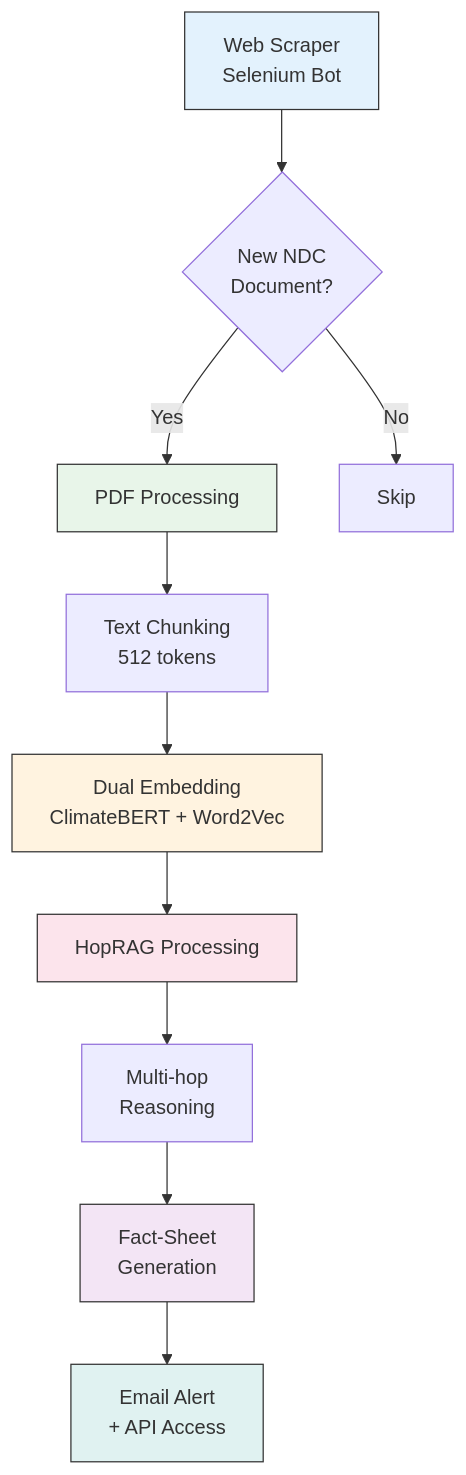
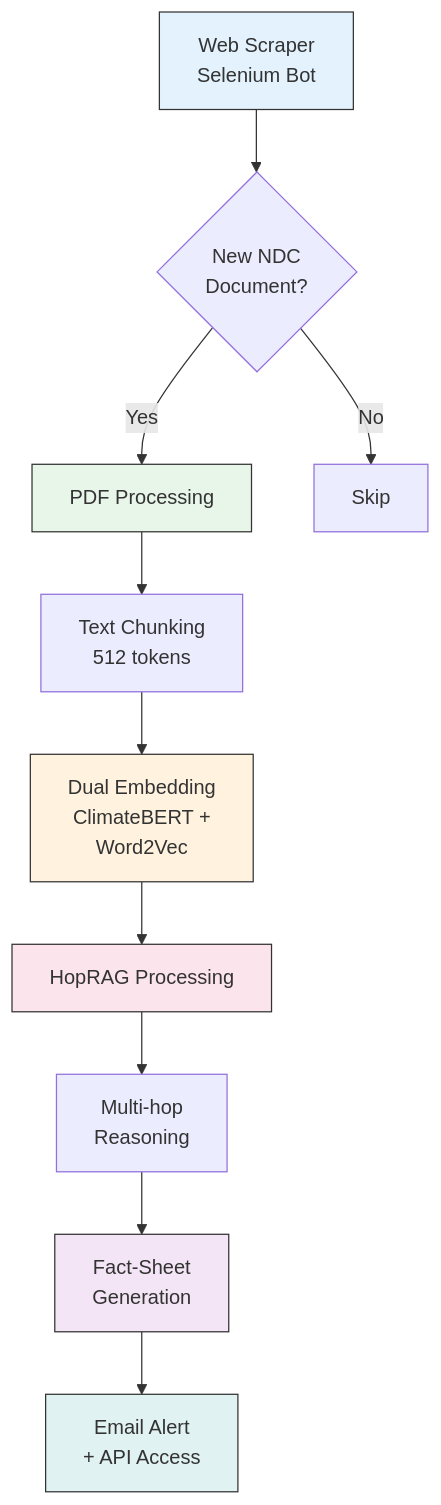
One commit to lse-ds205/rag-fact-sheets changed the first of 3 diagrams in README.md. Above: the diagram before and after it, drawn with Mermaid. The commit also changed other lines of this file, not shown here.

Commit message:
test mermaid formatting

````diff
--- a/README.md
+++ b/README.md
@@ -12,19 +12,19 @@
 ```mermaid 
 graph TD
-    A[Web Scraper<br/>Selenium Bot] --> B{New NDC<br/>Document?}
-    B -->|Yes| C[PDF Processing]
-    B -->|No| D[Skip]
-    C --> E[Text Chunking<br/>512 tokens]
-    E --> F[Dual Embedding<br/>ClimateBERT + Word2Vec]
-    F --> G[HopRAG Processing]
-    G --> H[Multi-hop<br/>Reasoning]
-    H --> I[Fact-Sheet<br/>Generation]
-    I --> J[Email Alert<br/>+ API Access]
+    A[<div style='text-align:center'>Web Scraper<br/>Selenium Bot</div>] --> B{<div style='text-align:center'>New NDC<br/>Document?</div>}
+    B -->|Yes| C[<div style='text-align:center'>PDF Processing</div>]
+    B -->|No| D[<div style='text-align:center'>Skip</div>]
+    C --> E[<div style='text-align:center'>Text Chunking<br/>512 tokens</div>]
+    E --> F[<div style='text-align:center'>Dual Embedding<br/>ClimateBERT +<br/>Word2Vec</div>]
+    F --> G[<div style='text-align:center'>HopRAG Processing</div>]
+    G --> H[<div style='text-align:center'>Multi-hop<br/>Reasoning</div>]
+    H --> I[<div style='text-align:center'>Fact-Sheet<br/>Generation</div>]
+    I --> J[<div style='text-align:center'>Email Alert<br/>+ API Access</div>]
     
     style A fill:#E3F2FD,stroke:#333
     style C fill:#E8F5E9,stroke:#333
     style F fill:#FFF3E0,stroke:#333
     style G fill:#FCE4EC,stroke:#333
     style I fill:#F3E5F5,stroke:#333
     style J fill:#E0F2F1,stroke:#333
 ```
````
